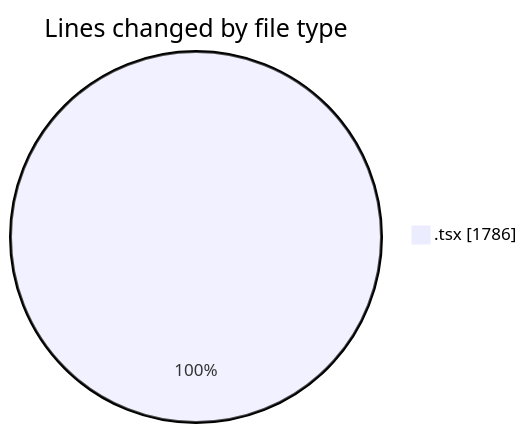
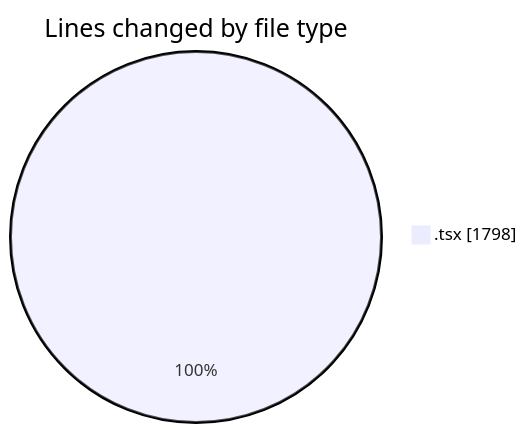
The first of 2 diagrams in 2025-06-12/cda/README.md (momahboobian/code-tracking), drawn with Mermaid before and after one commit. The commit also changed other lines of this file and 1 other file, not shown here.

````diff
--- a/2025-06-12/cda/README.md
+++ b/2025-06-12/cda/README.md
@@ -23,5 +23,5 @@
 ```mermaid
 pie showData
 title Lines changed by file type
-".tsx" : 1786
+".tsx" : 1798
 ```
````
